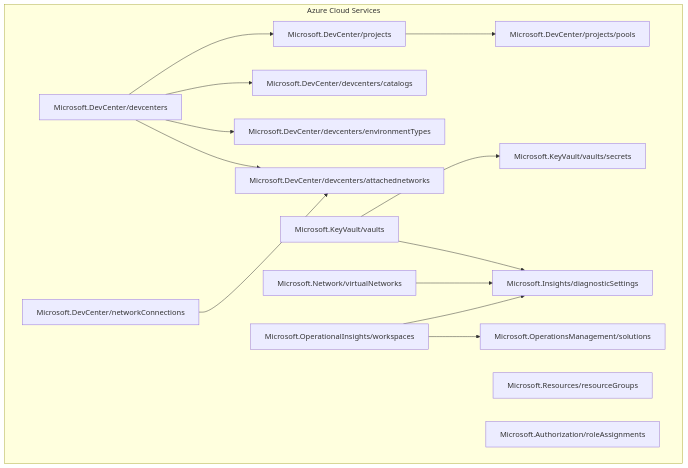
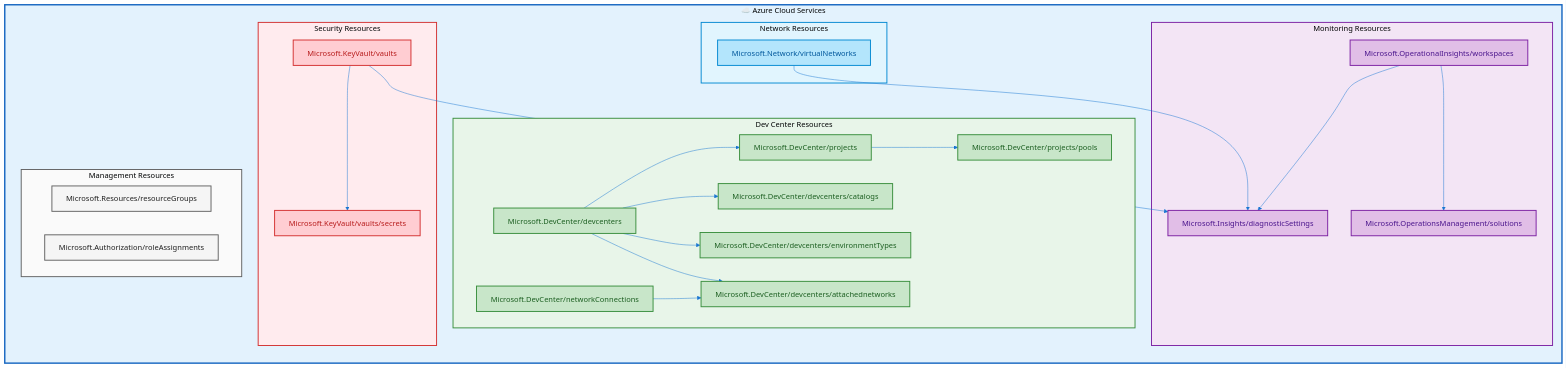
One commit to Evilazaro/DevExp-DevBox changed the fifth of 8 diagrams in docs/architecture/Technology.md. Above: the diagram before and after it, drawn with Mermaid. The commit also changed other lines of this file, not shown here.

Commit message:
docs: enhance Technology Architecture diagrams with improved styling and clarity

````diff
--- a/docs/architecture/Technology.md
+++ b/docs/architecture/Technology.md
@@ -324,32 +382,57 @@
 ```mermaid
+%%{init: {'theme': 'base', 'themeVariables': {'primaryColor': '#E3F2FD', 'lineColor': '#1976D2'}}}%%
 flowchart TB
-    subgraph AzureServices["Azure Cloud Services"]
-        devcenter["Microsoft.DevCenter/devcenters"]
-        project["Microsoft.DevCenter/projects"]
-        pools["Microsoft.DevCenter/projects/pools"]
-        catalog["Microsoft.DevCenter/devcenters/catalogs"]
-        envtype["Microsoft.DevCenter/devcenters/environmentTypes"]
-        netconn["Microsoft.DevCenter/networkConnections"]
-        attnet["Microsoft.DevCenter/devcenters/attachednetworks"]
-        keyvault["Microsoft.KeyVault/vaults"]
-        secrets["Microsoft.KeyVault/vaults/secrets"]
-        logana["Microsoft.OperationalInsights/workspaces"]
-        solution["Microsoft.OperationsManagement/solutions"]
-        vnet["Microsoft.Network/virtualNetworks"]
-        rg["Microsoft.Resources/resourceGroups"]
-        diag["Microsoft.Insights/diagnosticSettings"]
-        roleassign["Microsoft.Authorization/roleAssignments"]
+    classDef devcenter_svc fill:#C8E6C9,stroke:#388E3C,stroke-width:2px,color:#1B5E20
+    classDef security_svc fill:#FFCDD2,stroke:#D32F2F,stroke-width:2px,color:#B71C1C
+    classDef monitoring_svc fill:#E1BEE7,stroke:#7B1FA2,stroke-width:2px,color:#4A148C
+    classDef network_svc fill:#B3E5FC,stroke:#0288D1,stroke-width:2px,color:#01579B
+    classDef mgmt_svc fill:#F5F5F5,stroke:#616161,stroke-width:2px,color:#212121
+
+    subgraph AzureServices["☁️ Azure Cloud Services"]
+        direction TB
+        subgraph DevCenterServices["Dev Center Resources"]
+            devcenter["Microsoft.DevCenter/devcenters"]:::devcenter_svc
+            project["Microsoft.DevCenter/projects"]:::devcenter_svc
+            pools["Microsoft.DevCenter/projects/pools"]:::devcenter_svc
+            catalog["Microsoft.DevCenter/devcenters/catalogs"]:::devcenter_svc
+            envtype["Microsoft.DevCenter/devcenters/environmentTypes"]:::devcenter_svc
+            netconn["Microsoft.DevCenter/networkConnections"]:::devcenter_svc
+            attnet["Microsoft.DevCenter/devcenters/attachednetworks"]:::devcenter_svc
+        end
+        subgraph SecurityServices["Security Resources"]
+            keyvault["Microsoft.KeyVault/vaults"]:::security_svc
+            secrets["Microsoft.KeyVault/vaults/secrets"]:::security_svc
+        end
+        subgraph MonitoringServices["Monitoring Resources"]
+            logana["Microsoft.OperationalInsights/workspaces"]:::monitoring_svc
+            solution["Microsoft.OperationsManagement/solutions"]:::monitoring_svc
+            diag["Microsoft.Insights/diagnosticSettings"]:::monitoring_svc
+        end
+        subgraph NetworkServices["Network Resources"]
+            vnet["Microsoft.Network/virtualNetworks"]:::network_svc
+        end
+        subgraph ManagementServices["Management Resources"]
+            rg["Microsoft.Resources/resourceGroups"]:::mgmt_svc
+            roleassign["Microsoft.Authorization/roleAssignments"]:::mgmt_svc
+        end
     end
+
+    style AzureServices fill:#E3F2FD,stroke:#1565C0,stroke-width:3px
+    style DevCenterServices fill:#E8F5E9,stroke:#388E3C,stroke-width:2px
+    style SecurityServices fill:#FFEBEE,stroke:#D32F2F,stroke-width:2px
+    style MonitoringServices fill:#F3E5F5,stroke:#7B1FA2,stroke-width:2px
+    style NetworkServices fill:#E1F5FE,stroke:#0288D1,stroke-width:2px
+    style ManagementServices fill:#FAFAFA,stroke:#616161,stroke-width:2px
 
     devcenter --> project
     project --> pools
     devcenter --> catalog
     devcenter --> envtype
     devcenter --> attnet
     netconn --> attnet
     keyvault --> secrets
     keyvault --> diag
     vnet --> diag
     logana --> solution
     logana --> diag
 ```
````
